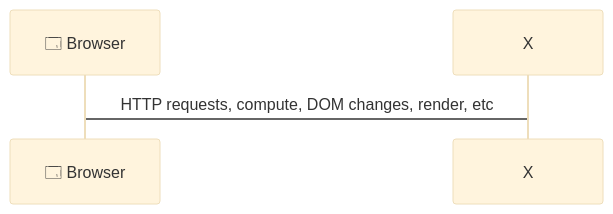
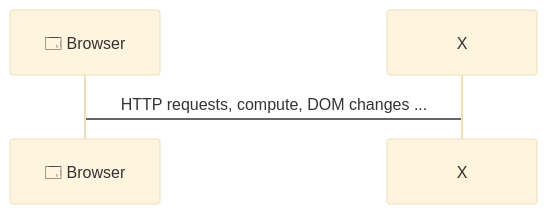
The first of 7 diagrams in README.md (oodrive/ServiceWorker.md), drawn with Mermaid (base theme) before and after one commit.

Commit message:
Avoid graph text runcate

````diff
--- a/README.md
+++ b/README.md
@@ -23,6 +23,6 @@
 ```mermaid
 sequenceDiagram
 	participant B as 🗔 Browser
 	participant X
-	B->X: HTTP requests, compute, DOM changes, render, etc
+	B->X: HTTP requests, compute, DOM changes ...
 ```
````
